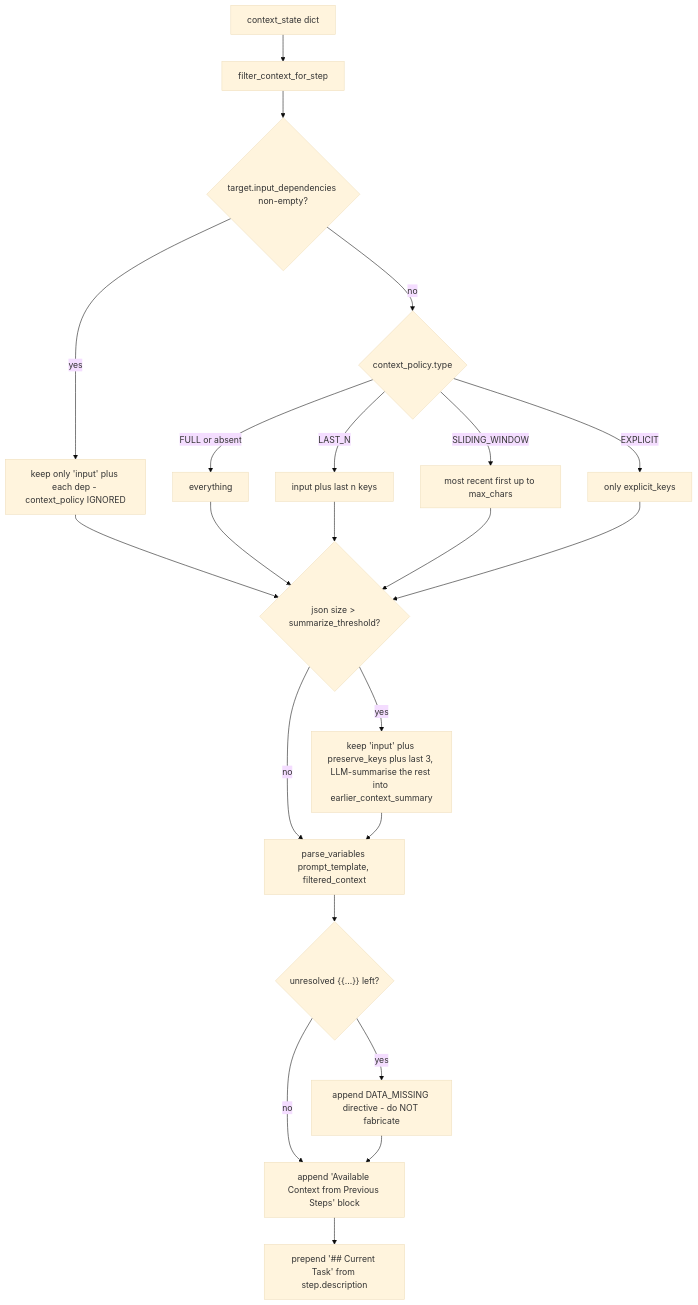
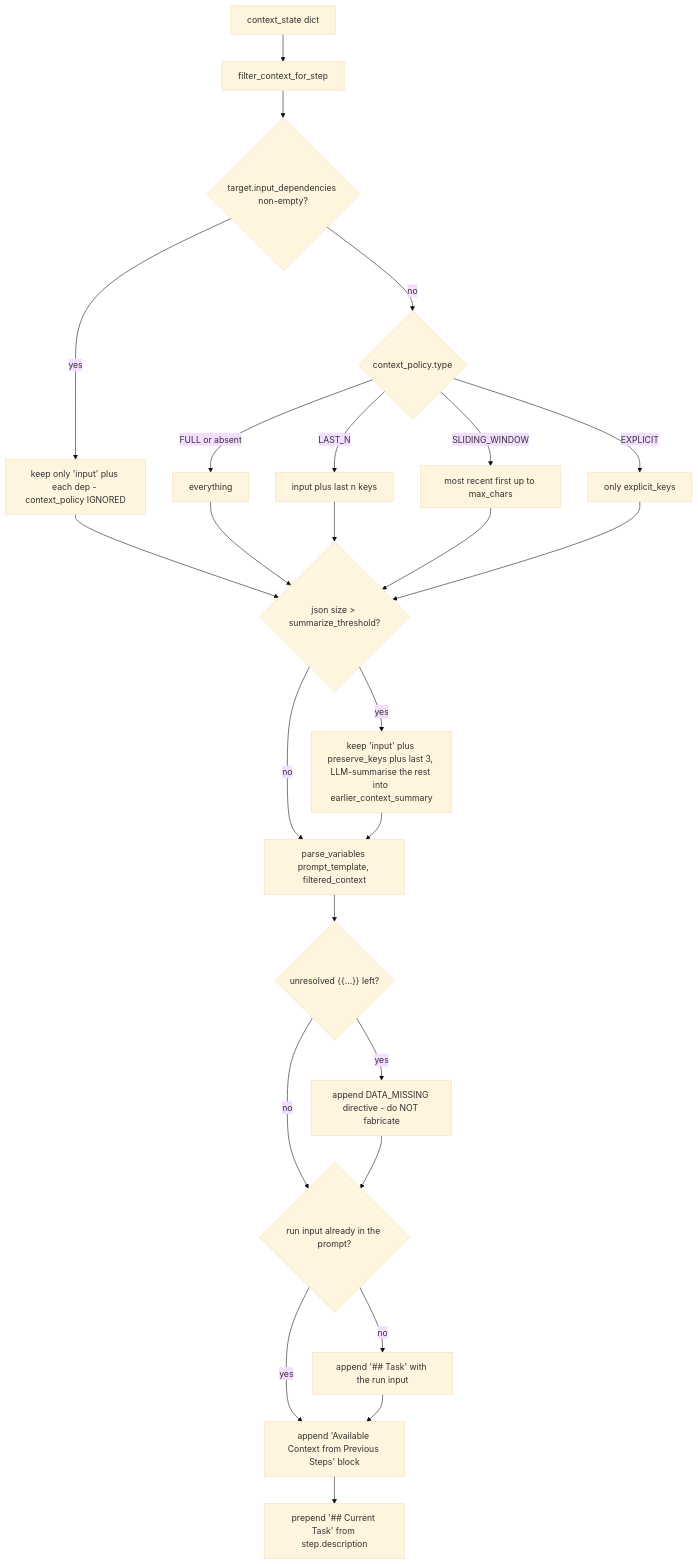
Diagram 11 of 20 in docs/current/06-execution-pipeline.md (gondolerahul/hire-buddha-app), drawn with Mermaid (base theme) before and after one commit. The commit also changed other lines of this file and 7 other files, not shown here.

First line of the commit message:
fix(steps): the run's request reaches every step; loop state stays out of the prompt (EP-25)

````diff
--- a/docs/current/06-execution-pipeline.md
+++ b/docs/current/06-execution-pipeline.md
@@ -1205,20 +1205,23 @@
 ```mermaid
 flowchart TD
     CTX["context_state dict"] --> FILT["filter_context_for_step"]
     FILT --> D{"target.input_dependencies non-empty?"}
     D -- yes --> ONLY["keep only 'input' plus each dep - context_policy IGNORED"]
     D -- no --> POL{"context_policy.type"}
     POL -- FULL or absent --> ALL["everything"]
     POL -- LAST_N --> LASTN["input plus last n keys"]
     POL -- SLIDING_WINDOW --> SW["most recent first up to max_chars"]
     POL -- EXPLICIT --> EXP["only explicit_keys"]
     ONLY & ALL & LASTN & SW & EXP --> SUM{"json size > summarize_threshold?"}
     SUM -- yes --> TRIM["keep 'input' plus preserve_keys plus last 3, LLM-summarise the rest into earlier_context_summary"]
     SUM -- no --> PV
     TRIM --> PV["parse_variables prompt_template, filtered_context"]
     PV --> UNRES{"unresolved {{...}} left?"}
     UNRES -- yes --> WARN["append DATA_MISSING directive - do NOT fabricate"]
-    UNRES -- no --> ENRICH
-    WARN --> ENRICH["append 'Available Context from Previous Steps' block"]
+    UNRES -- no --> REQ
+    WARN --> REQ{"run input already in the prompt?"}
+    REQ -- no --> ADDREQ["append '## Task' with the run input"]
+    REQ -- yes --> ENRICH
+    ADDREQ --> ENRICH["append 'Available Context from Previous Steps' block"]
     ENRICH --> TASK["prepend '## Current Task' from step.description"]
 ```
````
